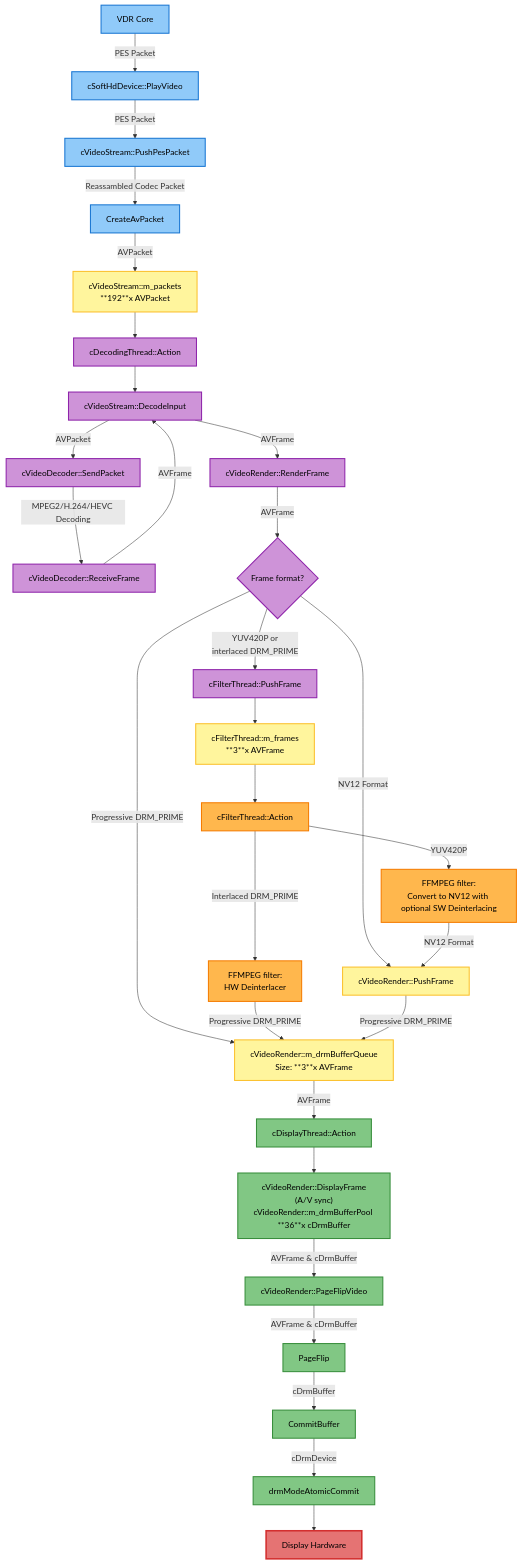
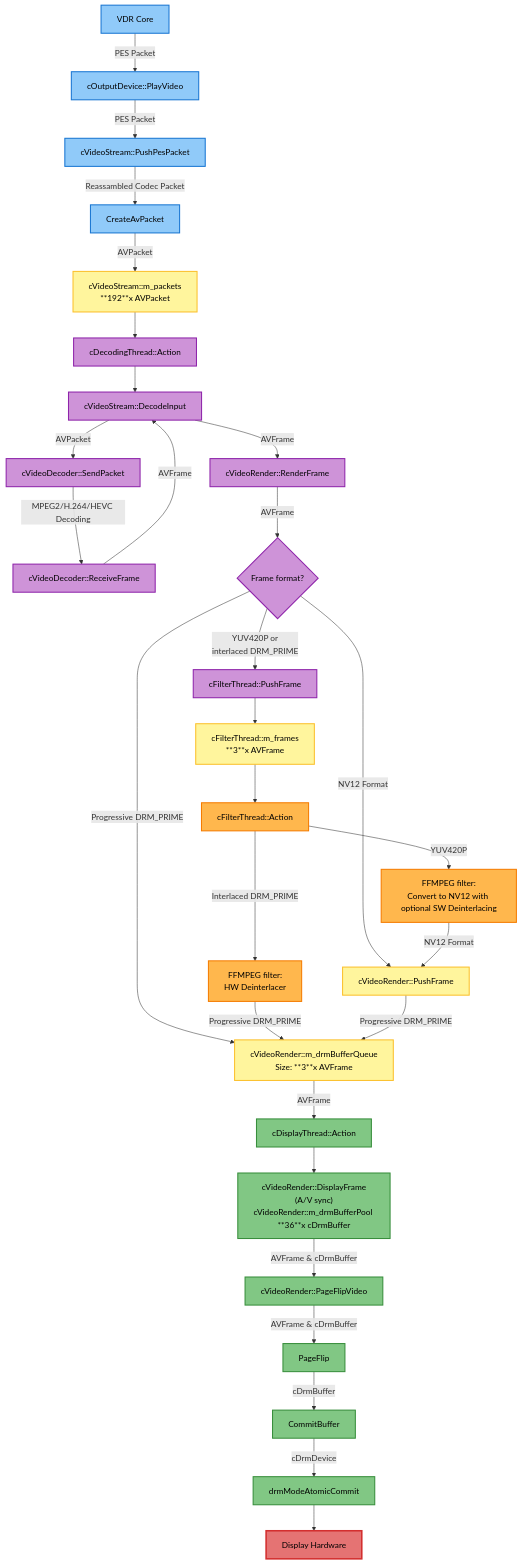
The third of 12 diagrams in DEVELOPER/README.md (rellla/vdr-plugin-softhddevice-drm-gles), drawn with Mermaid before and after one commit. The commit also changed other lines of this file and 65 other files, not shown here.

````diff
--- a/DEVELOPER/README.md
+++ b/DEVELOPER/README.md
@@ -144,61 +144,61 @@
 ```mermaid
 graph TD
     %% VDR Thread
-    VDR[VDR Core] --> |PES Packet|PlayVideo["cSoftHdDevice::PlayVideo"]
+    VDR[VDR Core] --> |PES Packet|PlayVideo["cOutputDevice::PlayVideo"]
     PlayVideo --> |PES Packet|PushPes["cVideoStream::PushPesPacket"]
     PushPes --> |Reassambled Codec Packet|CreatePkt["CreateAvPacket"]
     CreatePkt --> |AVPacket|PktQueue["cVideoStream::m_packets<br/>**192**x AVPacket"]
 
     %% Decoding Thread
     PktQueue --> DecThread["cDecodingThread::Action"]
     DecThread --> DecInput["cVideoStream::DecodeInput"]
     DecInput --> |AVPacket|SendPkt["cVideoDecoder::SendPacket"]
     SendPkt --> |MPEG2/H.264/HEVC Decoding|RecvFrame["cVideoDecoder::ReceiveFrame"]
     RecvFrame --> |AVFrame|DecInput
     DecInput --> |AVFrame|RenderFrame["cVideoRender::RenderFrame"]
 
     %% Filter Thread Decision
     RenderFrame --> |AVFrame|FormatCheck{Frame format?}
     FormatCheck -->|YUV420P or<br/>interlaced DRM_PRIME| FilterPush["cFilterThread::PushFrame"]
     FormatCheck -->|Progressive DRM_PRIME| RenderRB["cVideoRender::m_drmBufferQueue"]
     FormatCheck -->|NV12 Format| PushFrame["cVideoRender::PushFrame"]
 
     %% Filter Thread Path
     FilterPush --> FilterQueue["cFilterThread::m_frames<br/>**3**x AVFrame"]
     FilterQueue --> FilterAction["cFilterThread::Action"]
     FilterAction --> |Interlaced DRM_PRIME|HWDeint["FFMPEG filter:<br />HW Deinterlacer"]
     FilterAction --> |YUV420P|SWDeint["FFMPEG filter:<br/>Convert to NV12 with optional SW Deinterlacing"]
     HWDeint -->|Progressive DRM_PRIME| RenderRB["cVideoRender::m_drmBufferQueue<br/>Size: **3**x AVFrame"]
     SWDeint --> |NV12 Format|PushFrame["cVideoRender::PushFrame"]
 
     %% PushFrame Path (Software frames need buffer prep)
     PushFrame --> |Progressive DRM_PRIME|RenderRB
 
     %% Display Thread
     RenderRB --> |AVFrame|DispThread["cDisplayThread::Action"]
     DispThread --> DisplayFrame["cVideoRender::DisplayFrame<br/>(A/V sync)<br/>cVideoRender::m_drmBufferPool **36**x cDrmBuffer"]
     DisplayFrame --> |AVFrame & cDrmBuffer|PageFlipVid["cVideoRender::PageFlipVideo"]
 
     PageFlipVid --> |AVFrame & cDrmBuffer|PageFlip["PageFlip"]
     PageFlip --> |cDrmBuffer|CommitBuf["CommitBuffer"]
 
     CommitBuf --> |cDrmDevice|DrmCommit["drmModeAtomicCommit"]
 
     DrmCommit --> Hardware["Display Hardware"]
 
     %% Styling
     classDef vdrThread fill:#90caf9,stroke:#1976d2,stroke-width:2px,color:#000000
     classDef decThread fill:#ce93d8,stroke:#8e24aa,stroke-width:2px,color:#000000
     classDef filterThread fill:#ffb74d,stroke:#f57c00,stroke-width:2px,color:#000000
     classDef displayThread fill:#81c784,stroke:#388e3c,stroke-width:2px,color:#000000
     classDef hardware fill:#e57373,stroke:#d32f2f,stroke-width:3px,color:#000000
     classDef buffer fill:#fff59d,stroke:#fbc02d,stroke-width:2px,color:#000000
 
     class VDR,PlayVideo,PushPes,CreatePkt vdrThread
     class DecThread,DecInput,SendPkt,RecvFrame,RenderFrame,FilterPush decThread
     class FilterAction,HWDeint,SWDeint filterThread
     class DispThread,DisplayFrame,PageFlipVid,PageFlip,CommitBuf,DrmCommit displayThread
     class Hardware hardware
     class PktQueue,FilterQueue,RenderRB,PushFrame buffer
     class FormatCheck decThread
 ```
````
